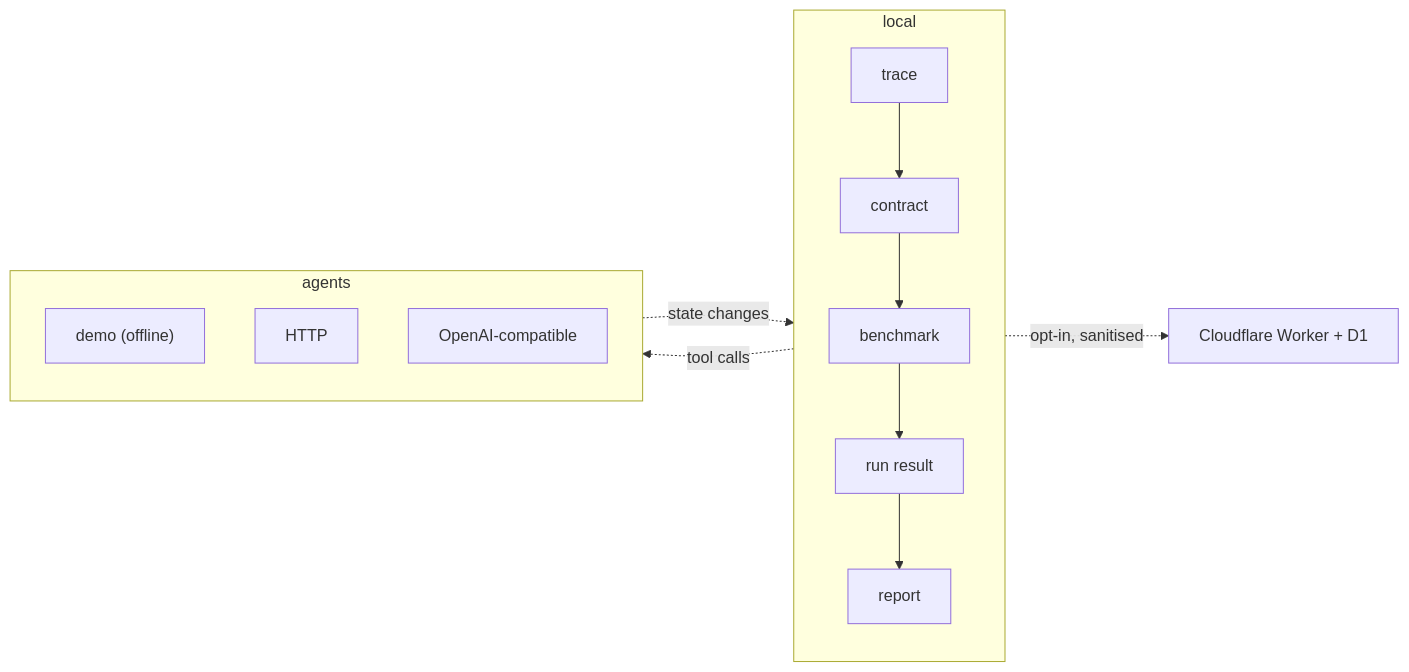
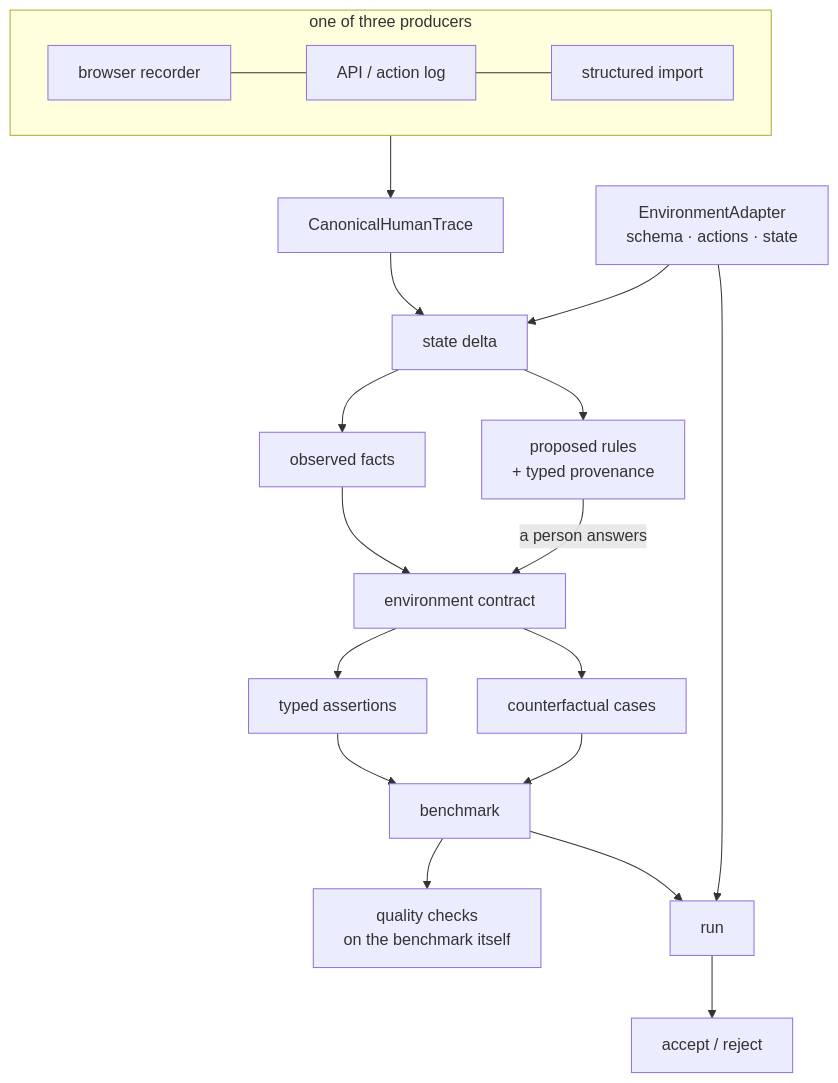
One commit to Konuktor/rigorrun changed the diagram in docs/ARCHITECTURE.md. Above: the diagram before and after it, drawn with Mermaid. The commit also changed other lines of this file and 7 other files, not shown here.

````diff
--- a/docs/ARCHITECTURE.md
+++ b/docs/ARCHITECTURE.md
@@ -13,15 +15,21 @@
 ```mermaid
-flowchart LR
-    subgraph local["local"]
-      direction TB
-      T["trace"] --> C["contract"] --> B["benchmark"] --> R["run result"] --> RP["report"]
+flowchart TB
+    subgraph producers["one of three producers"]
+      B["browser recorder"] --- A["API / action log"] --- M["structured import"]
     end
-    subgraph agents["agents"]
-      A1["demo (offline)"]
-      A2["HTTP"]
-      A3["OpenAI-compatible"]
-    end
-    B -.->|tool calls| agents
-    agents -.->|state changes| R
-    RP -.->|"opt-in, sanitised"| CF["Cloudflare Worker + D1"]
+    producers --> T["CanonicalHumanTrace"]
+    ENV["EnvironmentAdapter<br/>schema · actions · state"] --> D
+    T --> D["state delta"]
+    D --> F["observed facts"]
+    D --> R["proposed rules<br/>+ typed provenance"]
+    F --> C
+    R -->|"a person answers"| C["environment contract"]
+    C --> V["typed assertions"]
+    C --> G["counterfactual cases"]
+    V --> BM["benchmark"]
+    G --> BM
+    BM --> Q["quality checks<br/>on the benchmark itself"]
+    BM --> RUN["run"]
+    ENV --> RUN
+    RUN --> ACC["accept / reject"]
 ```
````
